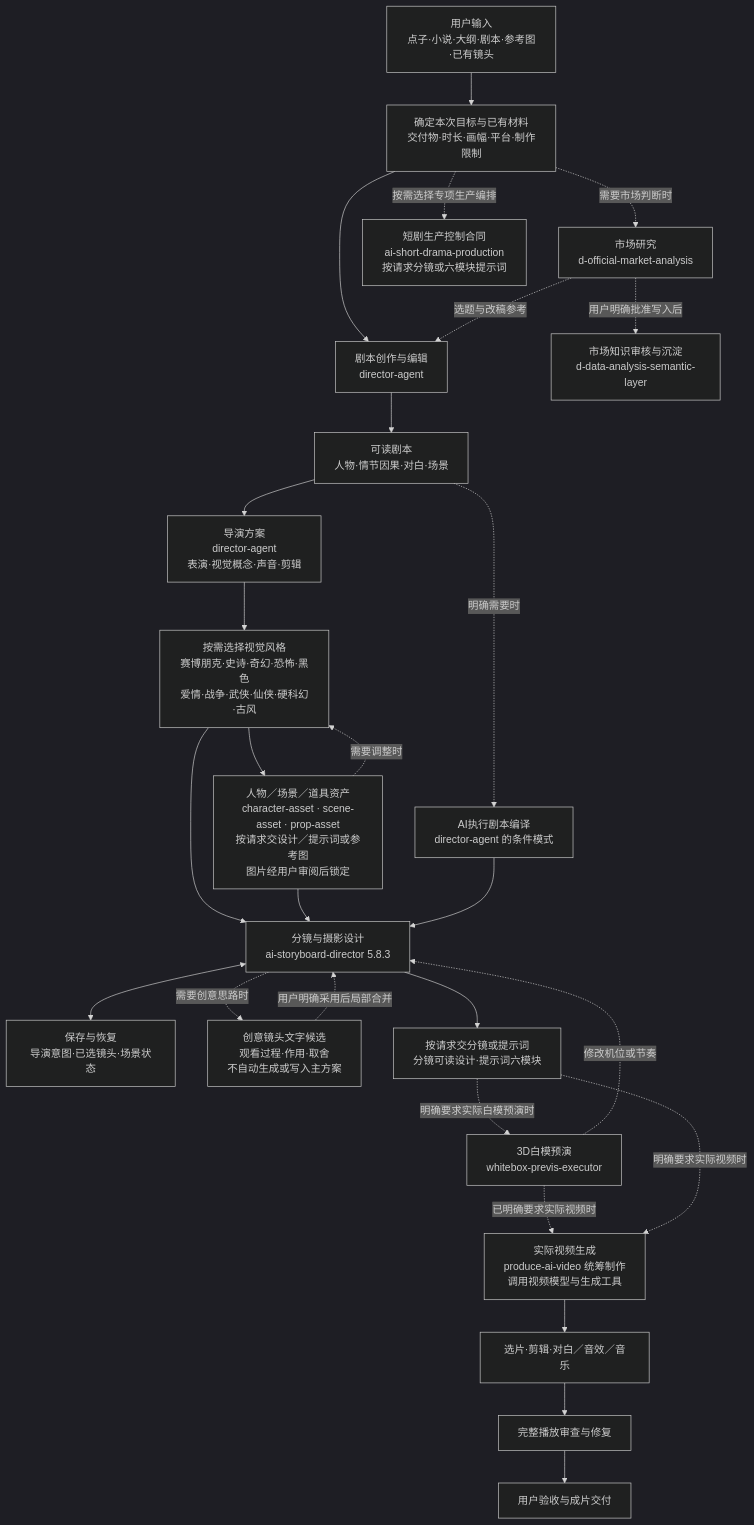
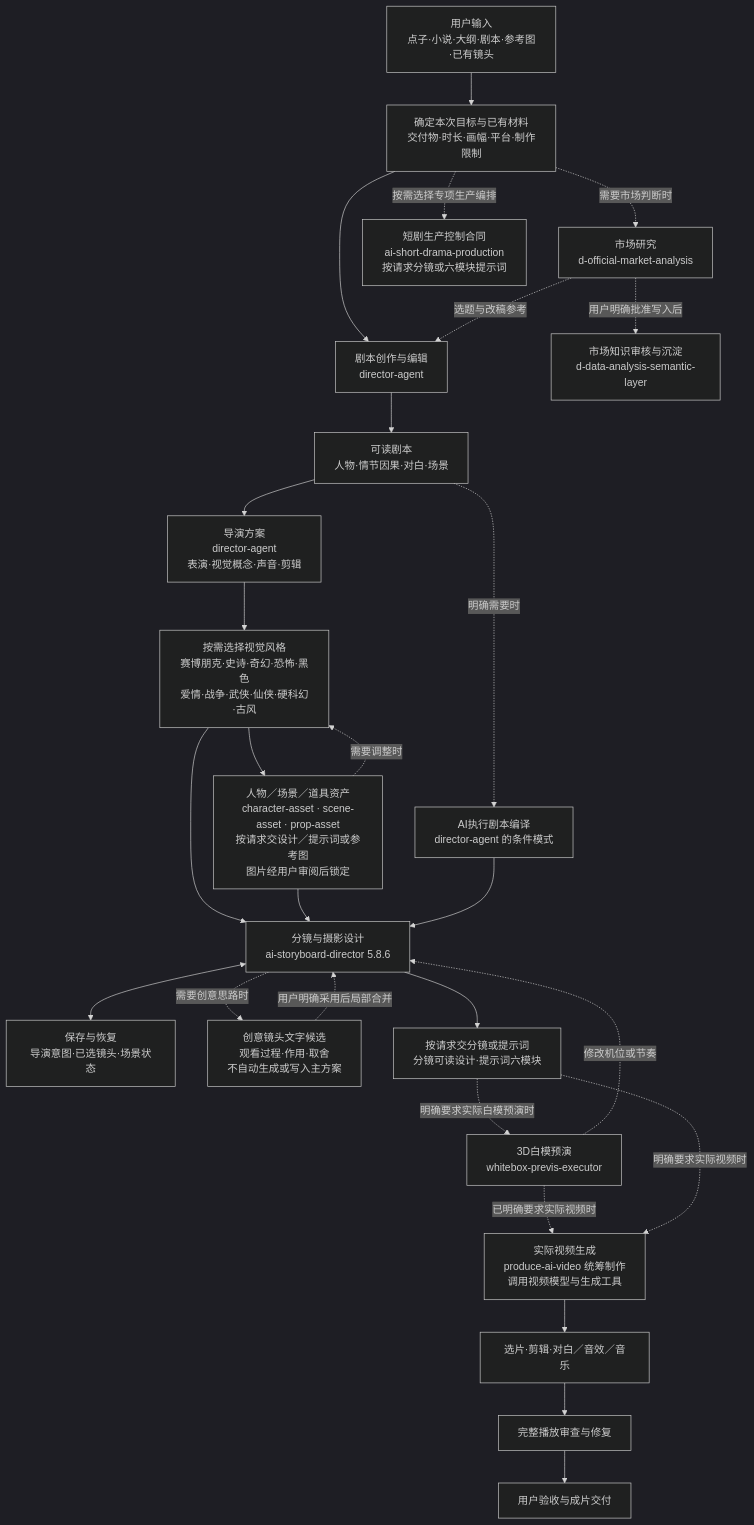
Before and after one commit to 62656456/ai-film-skills: the diagram in docs/WORKFLOW.md, drawn with Mermaid (dark theme). The commit also changed other lines of this file and 26 other files, not shown here.

````diff
--- a/docs/WORKFLOW.md
+++ b/docs/WORKFLOW.md
@@ -18,29 +18,29 @@
 ```mermaid
 flowchart TB
     U["用户输入<br/>点子·小说·大纲·剧本·参考图·已有镜头"] --> T["确定本次目标与已有材料<br/>交付物·时长·画幅·平台·制作限制"]
     T --> W["剧本创作与编辑<br/>director-agent"]
     T -. "需要市场判断时" .-> M["市场研究<br/>d-official-market-analysis"]
     M -. "选题与改稿参考" .-> W
     M -. "用户明确批准写入后" .-> K["市场知识审核与沉淀<br/>d-data-analysis-semantic-layer"]
     W --> S["可读剧本<br/>人物·情节因果·对白·场景"]
     S --> D["导演方案<br/>director-agent<br/>表演·视觉概念·声音·剪辑"]
     S -. "明确需要时" .-> X["AI执行剧本编译<br/>director-agent 的条件模式"]
     D --> V["按需选择视觉风格<br/>赛博朋克·史诗·奇幻·恐怖·黑色<br/>爱情·战争·武侠·仙侠·硬科幻·古风"]
     V --> A["人物／场景／道具资产<br/>character-asset · scene-asset · prop-asset<br/>按请求交设计／提示词或参考图<br/>图片经用户审阅后锁定"]
     A -. "需要调整时" .-> V
-    V --> B["分镜与摄影设计<br/>ai-storyboard-director 5.8.3"]
+    V --> B["分镜与摄影设计<br/>ai-storyboard-director 5.8.6"]
     A --> B
     X --> B
     B <--> R["保存与恢复<br/>导演意图·已选镜头·场景状态"]
     B -. "需要创意思路时" .-> C["创意镜头文字候选<br/>观看过程·作用·取舍<br/>不自动生成或写入主方案"]
     C -. "用户明确采用后局部合并" .-> B
     B --> P["按请求交分镜或提示词<br/>分镜可读设计·提示词六模块"]
     P -. "明确要求实际白模预演时" .-> PRE["3D白模预演<br/>whitebox-previs-executor"]
     PRE -. "修改机位或节奏" .-> B
     PRE -. "已明确要求实际视频时" .-> G["实际视频生成<br/>produce-ai-video 统筹制作<br/>调用视频模型与生成工具"]
     P -. "明确要求实际视频时" .-> G
     G --> E["选片·剪辑·对白／音效／音乐"]
     E --> Q["完整播放审查与修复"]
     Q --> F["用户验收与成片交付"]
     T -. "按需选择专项生产编排" .-> SHORT["短剧生产控制合同<br/>ai-short-drama-production<br/>按请求分镜或六模块提示词"]
 ```
````
